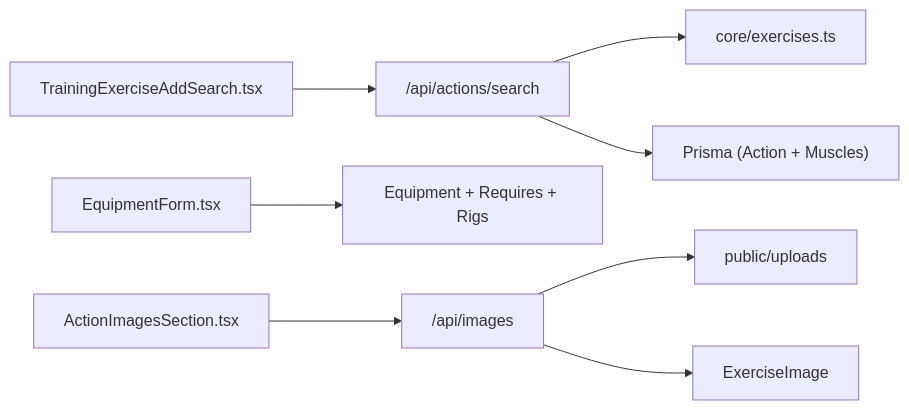
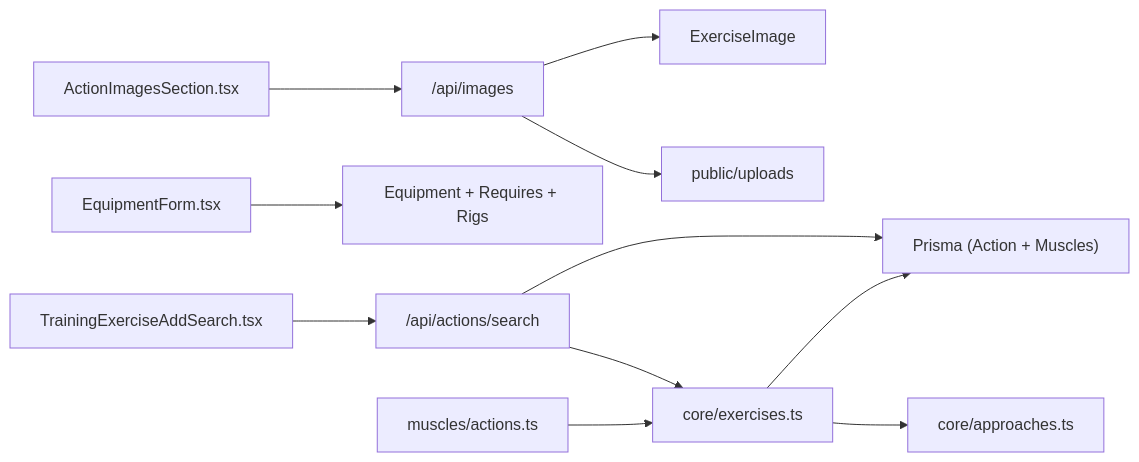
One commit to Dezzpil/meingym changed the ninth of 9 diagrams in .qoder/repowiki/en/content/Data Model/Exercise Catalog.md. Above: the diagram before and after it, drawn with Mermaid. The commit also changed other lines of this file and 12 other files, not shown here.

````diff
--- a/.qoder/repowiki/en/content/Data Model/Exercise Catalog.md
+++ b/.qoder/repowiki/en/content/Data Model/Exercise Catalog.md
@@ -347,10 +411,13 @@
 ```mermaid
 graph LR
 UI_Search["TrainingExerciseAddSearch.tsx"] --> API_Search["/api/actions/search"]
 API_Search --> Core_Defaults["core/exercises.ts"]
 API_Search --> DB["Prisma (Action + Muscles)"]
 UI_Equip["EquipmentForm.tsx"] --> DB_Equip["Equipment + Requires + Rigs"]
 UI_Images["ActionImagesSection.tsx"] --> API_Images["/api/images"]
 API_Images --> FS["public/uploads"]
 API_Images --> DB_Img["ExerciseImage"]
+MuscleAction["muscles/actions.ts"] --> Core_Defaults
+Core_Defaults --> Approaches["core/approaches.ts"]
+Core_Defaults --> DB
 ```
````
